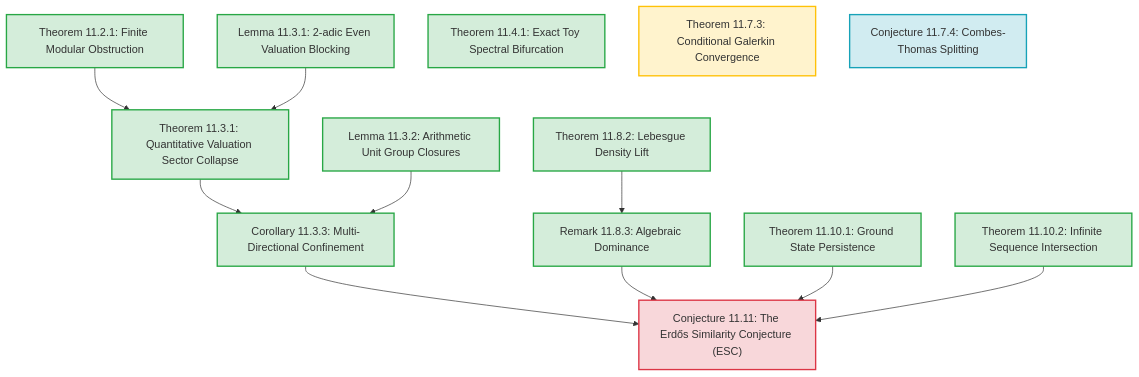
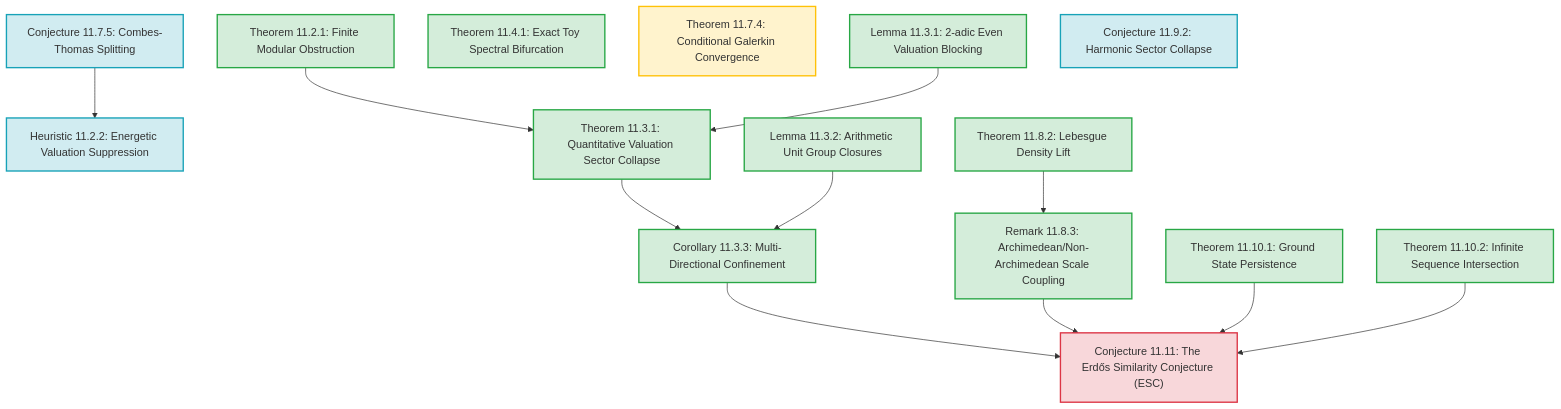
The diagram in docs/monograph/11_erdos_similarity_adelic.md (sneed-and-feed/adelic-spectral-zeta), drawn with Mermaid before and after one commit. The commit also changed other lines of this file, not shown here.

````diff
--- a/docs/monograph/11_erdos_similarity_adelic.md
+++ b/docs/monograph/11_erdos_similarity_adelic.md
@@ -39,31 +41,34 @@
 ```mermaid
 graph TD
     classDef proved fill:#d4edda,stroke:#28a745,stroke-width:2px;
     classDef conditional fill:#fff3cd,stroke:#ffc107,stroke-width:2px;
     classDef numerical fill:#d1ecf1,stroke:#17a2b8,stroke-width:2px;
     classDef conjectural fill:#f8d7da,stroke:#dc3545,stroke-width:2px;
 
     T1121["Theorem 11.2.1: Finite Modular Obstruction"]:::proved
+    H1122["Heuristic 11.2.2: Energetic Valuation Suppression"]:::numerical
     L1131["Lemma 11.3.1: 2-adic Even Valuation Blocking"]:::proved
     T1131["Theorem 11.3.1: Quantitative Valuation Sector Collapse"]:::proved
     L1132["Lemma 11.3.2: Arithmetic Unit Group Closures"]:::proved
     C1133["Corollary 11.3.3: Multi-Directional Confinement"]:::proved
     T1141["Theorem 11.4.1: Exact Toy Spectral Bifurcation"]:::proved
-    T1173["Theorem 11.7.3: Conditional Galerkin Convergence"]:::conditional
-    CT1174["Conjecture 11.7.4: Combes-Thomas Splitting"]:::numerical
+    T1174["Theorem 11.7.4: Conditional Galerkin Convergence"]:::conditional
+    CT1175["Conjecture 11.7.5: Combes-Thomas Splitting"]:::numerical
     T1182["Theorem 11.8.2: Lebesgue Density Lift"]:::proved
-    R1183["Remark 11.8.3: Algebraic Dominance"]:::proved
+    R1183["Remark 11.8.3: Archimedean/Non-Archimedean Scale Coupling"]:::proved
+    H1192["Conjecture 11.9.2: Harmonic Sector Collapse"]:::numerical
     T11101["Theorem 11.10.1: Ground State Persistence"]:::proved
     T11102["Theorem 11.10.2: Infinite Sequence Intersection"]:::proved
     ESC["Conjecture 11.11: The Erdős Similarity Conjecture (ESC)"]:::conjectural
 
     T1121 --> T1131
     L1131 --> T1131
     T1131 --> C1133
     L1132 --> C1133
+    CT1175 --> H1122
     T1182 --> R1183
     C1133 --> ESC
     R1183 --> ESC
     T11101 --> ESC
     T11102 --> ESC
 ```
````
